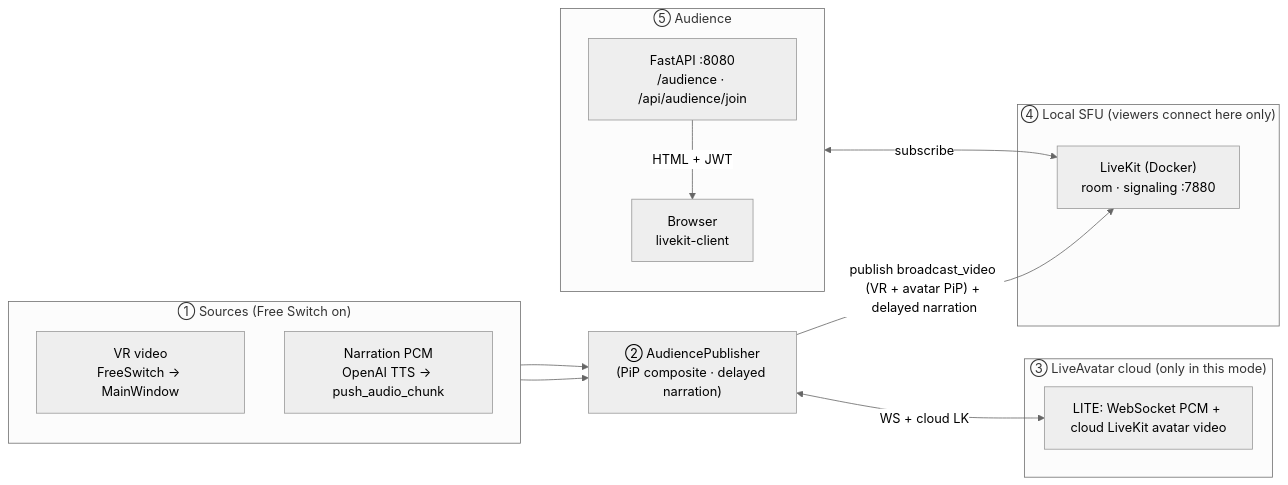
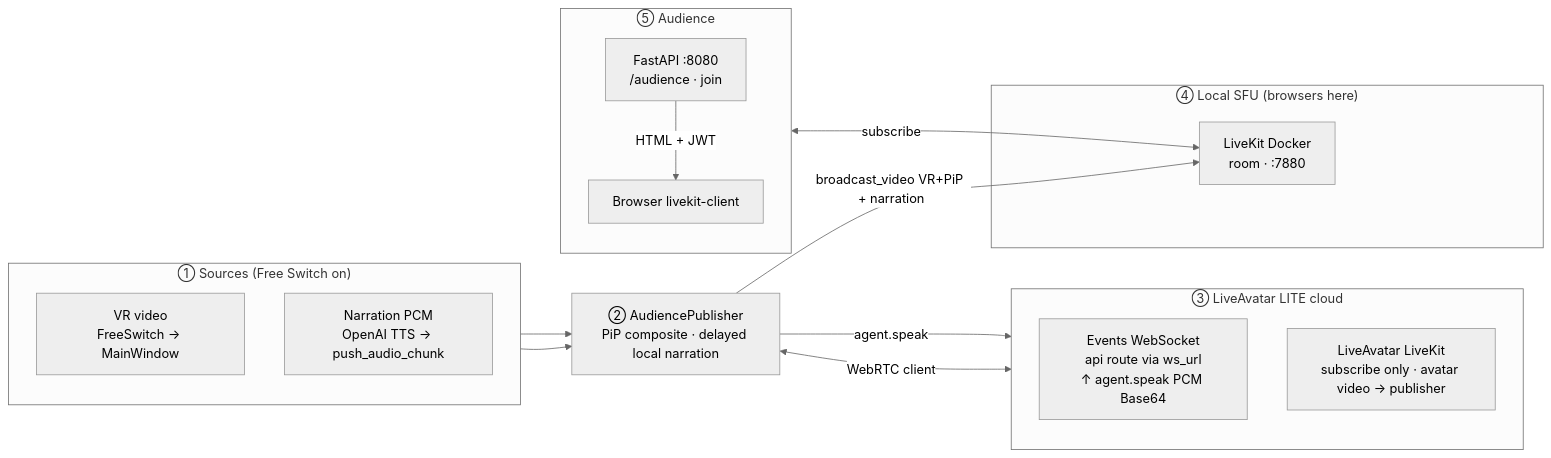
Before and after one commit to bolin35877766/miis_broadcast: the second of 4 diagrams in src/miis_broadcast/audience/README.md, drawn with Mermaid (neutral theme). The commit also changed other lines of this file, not shown here.

Commit message:
docs audience: update LiveAvatar flowchart and add sequence diagram

````diff
--- a/src/miis_broadcast/audience/README.md
+++ b/src/miis_broadcast/audience/README.md
@@ -74,31 +76,34 @@
 ```mermaid
 flowchart LR
   subgraph SRC["① Sources (Free Switch on)"]
     direction TB
     VR["VR video<br/>FreeSwitch → MainWindow"]
     PCM["Narration PCM<br/>OpenAI TTS → push_audio_chunk"]
   end
 
-  PUB["② AudiencePublisher<br/>(PiP composite · delayed narration)"]
+  PUB["② AudiencePublisher<br/>PiP composite · delayed local narration"]
 
-  subgraph CLD["③ LiveAvatar cloud (only in this mode)"]
-    LA["LITE: WebSocket PCM + cloud LiveKit avatar video"]
+  subgraph CLD["③ LiveAvatar LITE cloud"]
+    direction TB
+    WS["Events WebSocket<br/>api route via ws_url<br/>↑ agent.speak PCM Base64"]
+    CLK["LiveAvatar LiveKit<br/>subscribe only · avatar video → publisher"]
   end
 
-  subgraph LOC["④ Local SFU (viewers connect here only)"]
-    LK["LiveKit (Docker)<br/>room · signaling :7880"]
+  subgraph LOC["④ Local SFU (browsers here)"]
+    LK["LiveKit Docker<br/>room · :7880"]
   end
 
   subgraph AUD["⑤ Audience"]
     direction TB
-    HTTP["FastAPI :8080<br/>/audience · /api/audience/join"]
-    BR["Browser<br/>livekit-client"]
+    HTTP["FastAPI :8080<br/>/audience · join"]
+    BR["Browser livekit-client"]
   end
 
   VR --> PUB
   PCM --> PUB
-  PUB <-->|"WS + cloud LK"| LA
-  PUB -->|"publish broadcast_video (VR + avatar PiP) + delayed narration"| LK
+  PUB -->|"agent.speak"| WS
+  PUB <-->|"WebRTC client"| CLK
+  PUB -->|"broadcast_video VR+PiP + narration"| LK
   HTTP -->|"HTML + JWT"| BR
   BR <-->|"subscribe"| LK
 ```
````
